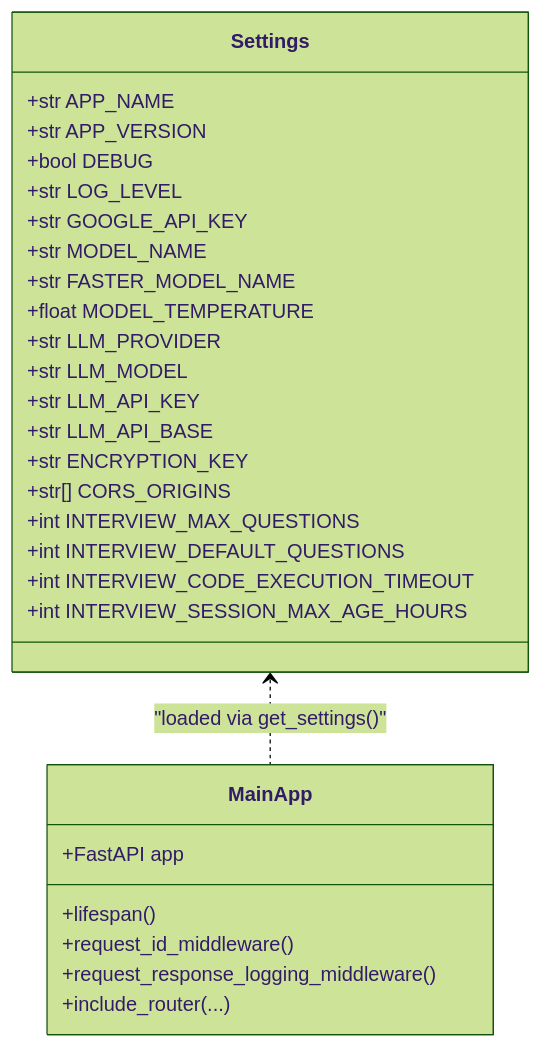
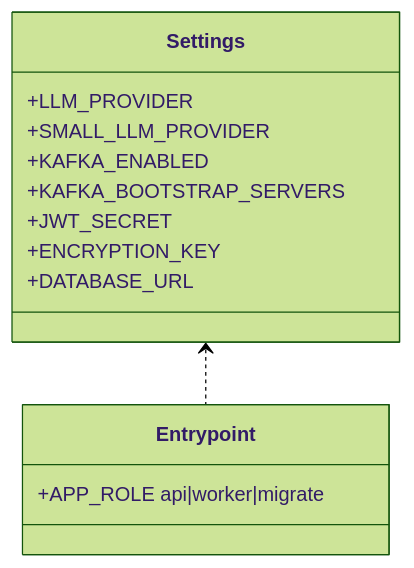
Before and after one commit to tashifkhan/tashif.codes: the third of 7 diagrams in src/data/docs/talentsync/Deployment & DevOps.md, drawn with Mermaid (forest theme). The commit also changed other lines of this file and 2128 other files, not shown here.

First line of the commit message:
docs: replace raster diagram images with native Mermaid across project guides

````diff
--- a/src/data/docs/talentsync/Deployment & DevOps.md
+++ b/src/data/docs/talentsync/Deployment & DevOps.md
@@ -83,31 +91,16 @@
 ```mermaid
 classDiagram
 class Settings {
-+str APP_NAME
-+str APP_VERSION
-+bool DEBUG
-+str LOG_LEVEL
-+str GOOGLE_API_KEY
-+str MODEL_NAME
-+str FASTER_MODEL_NAME
-+float MODEL_TEMPERATURE
-+str LLM_PROVIDER
-+str LLM_MODEL
-+str LLM_API_KEY
-+str LLM_API_BASE
-+str ENCRYPTION_KEY
-+str[] CORS_ORIGINS
-+int INTERVIEW_MAX_QUESTIONS
-+int INTERVIEW_DEFAULT_QUESTIONS
-+int INTERVIEW_CODE_EXECUTION_TIMEOUT
-+int INTERVIEW_SESSION_MAX_AGE_HOURS
++LLM_PROVIDER
++SMALL_LLM_PROVIDER
++KAFKA_ENABLED
++KAFKA_BOOTSTRAP_SERVERS
++JWT_SECRET
++ENCRYPTION_KEY
++DATABASE_URL
 }
-class MainApp {
-+FastAPI app
-+lifespan()
-+request_id_middleware()
-+request_response_logging_middleware()
-+include_router(...)
+class Entrypoint {
++APP_ROLE api|worker|migrate
 }
-Settings <.. MainApp : "loaded via get_settings()"
+Settings <.. Entrypoint
 ```
````
